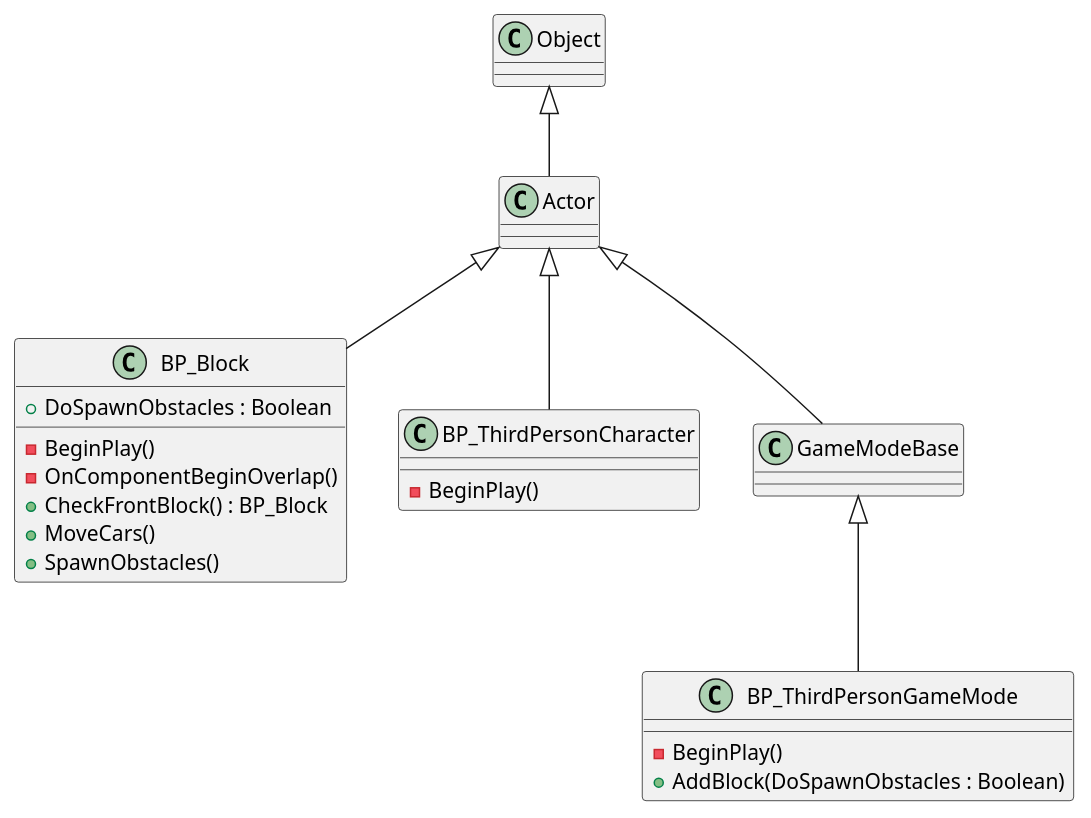
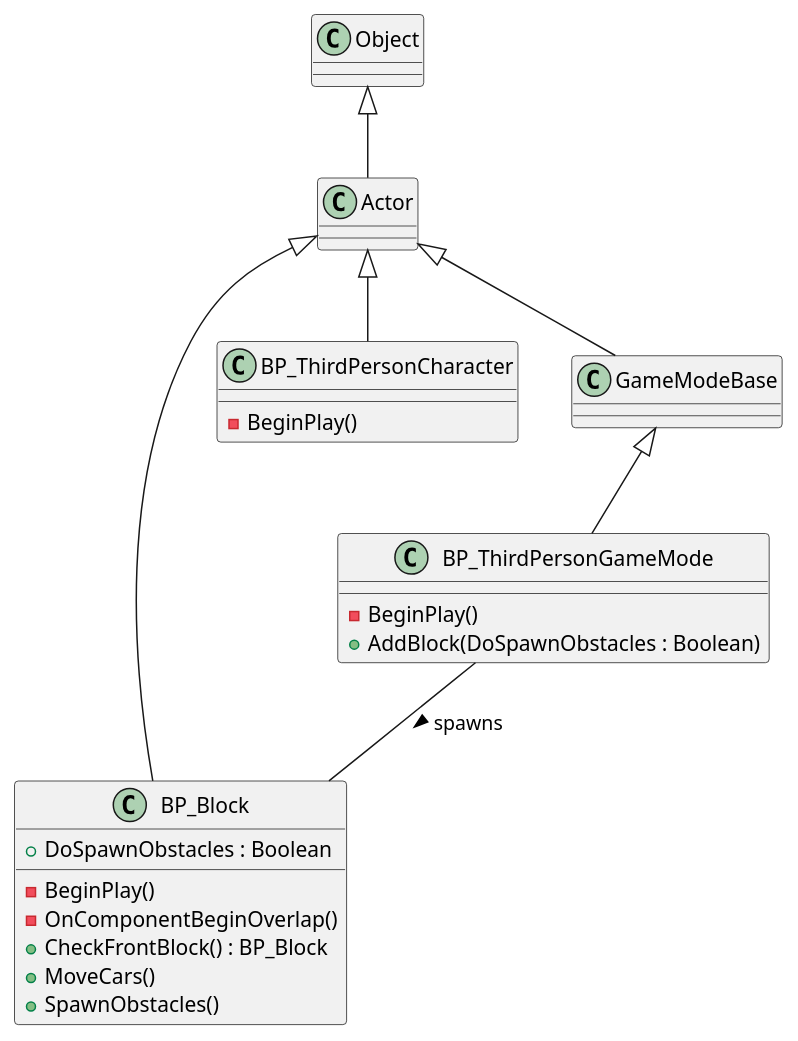
Before and after one commit to migrosdata/unreal-endless-runner: the diagram in Classes.puml, drawn with PlantUML.

Commit message:
Add spawns relationship

```diff
--- a/Classes.puml
+++ b/Classes.puml
@@ -1,26 +1,27 @@
 @startuml
 class BP_Block {
     -BeginPlay()
     -OnComponentBeginOverlap()
     +DoSpawnObstacles : Boolean
     +CheckFrontBlock() : BP_Block
     +MoveCars()
     +SpawnObstacles()
 } 
 
 class BP_ThirdPersonGameMode {
     -BeginPlay()
     +AddBlock(DoSpawnObstacles : Boolean)
 }
 
 class BP_ThirdPersonCharacter {
     -BeginPlay()
 }
 
 
 Object <|-- Actor
 Actor  <|-- GameModeBase
 Actor  <|-- BP_ThirdPersonCharacter
 Actor  <|-- BP_Block
 GameModeBase <|-- BP_ThirdPersonGameMode
+BP_ThirdPersonGameMode--BP_Block : > spawns
 @enduml
```
